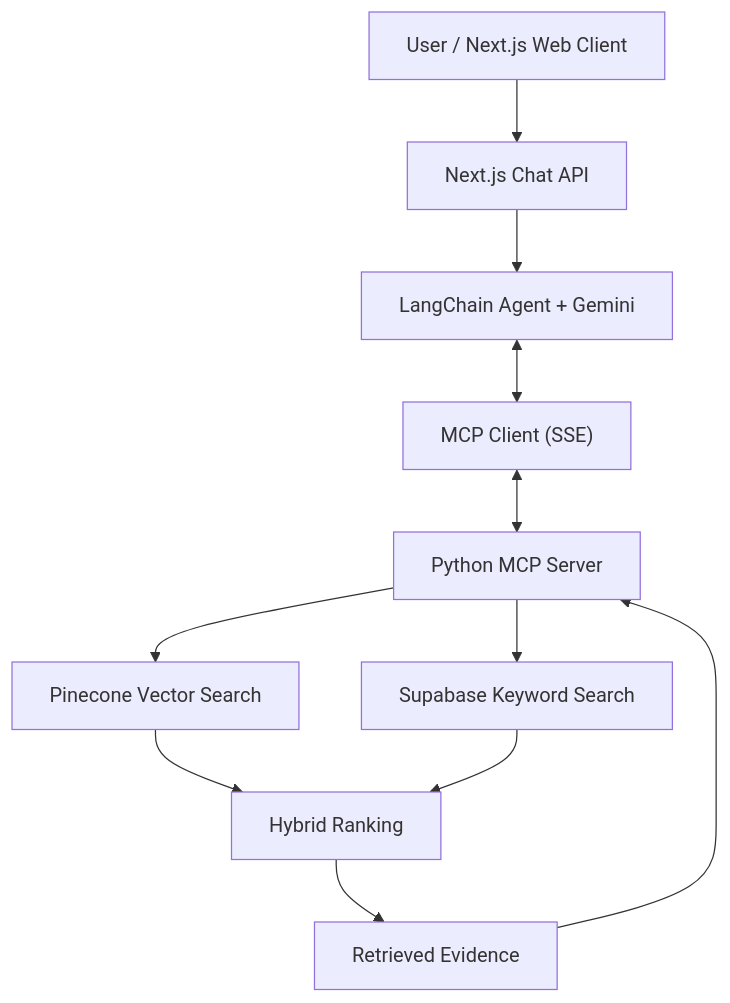
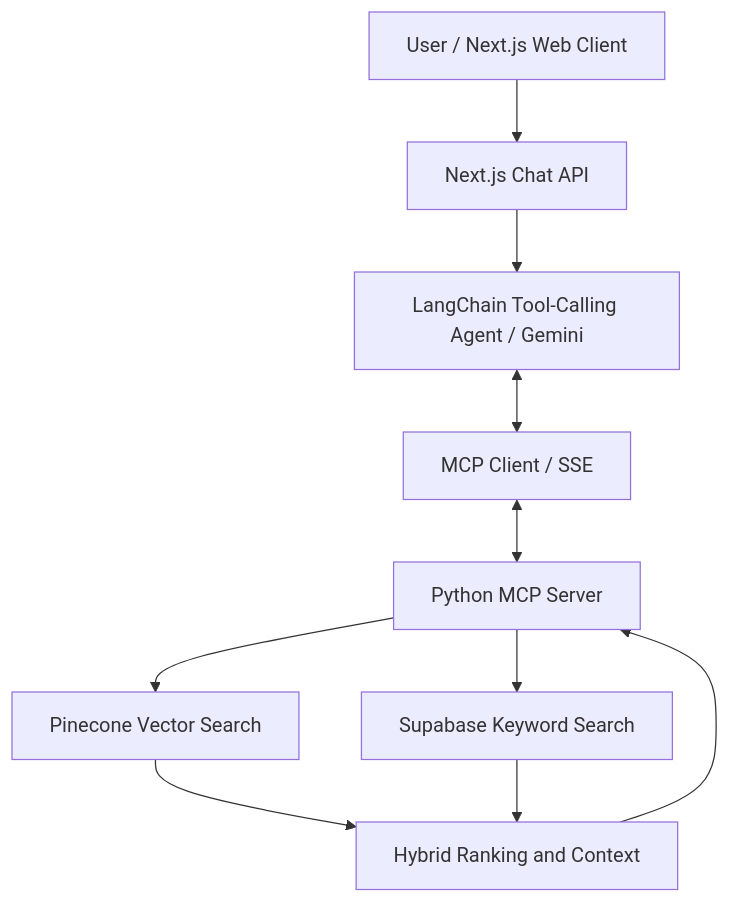
One commit to NickNick28/rag-document-qa-chatbot changed the diagram in README.md. Above: the diagram before and after it, drawn with Mermaid. The commit also changed other lines of this file, not shown here.

````diff
--- a/README.md
+++ b/README.md
@@ -39,23 +62,12 @@
 ```mermaid
 flowchart TD
-    A["User / Next.js Web Client"]
-    B["Next.js Chat API"]
-    C["LangChain Agent + Gemini"]
-    D["MCP Client (SSE)"]
-    E["Python MCP Server"]
-    F["Pinecone Vector Search"]
-    G["Supabase Keyword Search"]
-    H["Hybrid Ranking"]
-    I["Retrieved Evidence"]
-
-    A --> B
-    B --> C
-    C <--> D
-    D <--> E
-    E --> F
-    E --> G
-    F --> H
+    A["User / Next.js Web Client"] --> B["Next.js Chat API"]
+    B --> C["LangChain Tool-Calling Agent / Gemini"]
+    C <--> D["MCP Client / SSE"]
+    D <--> E["Python MCP Server"]
+    E --> F["Pinecone Vector Search"]
+    E --> G["Supabase Keyword Search"]
+    F --> H["Hybrid Ranking and Context"]
     G --> H
-    H --> I
-    I --> E
+    H --> E
 ```
````
